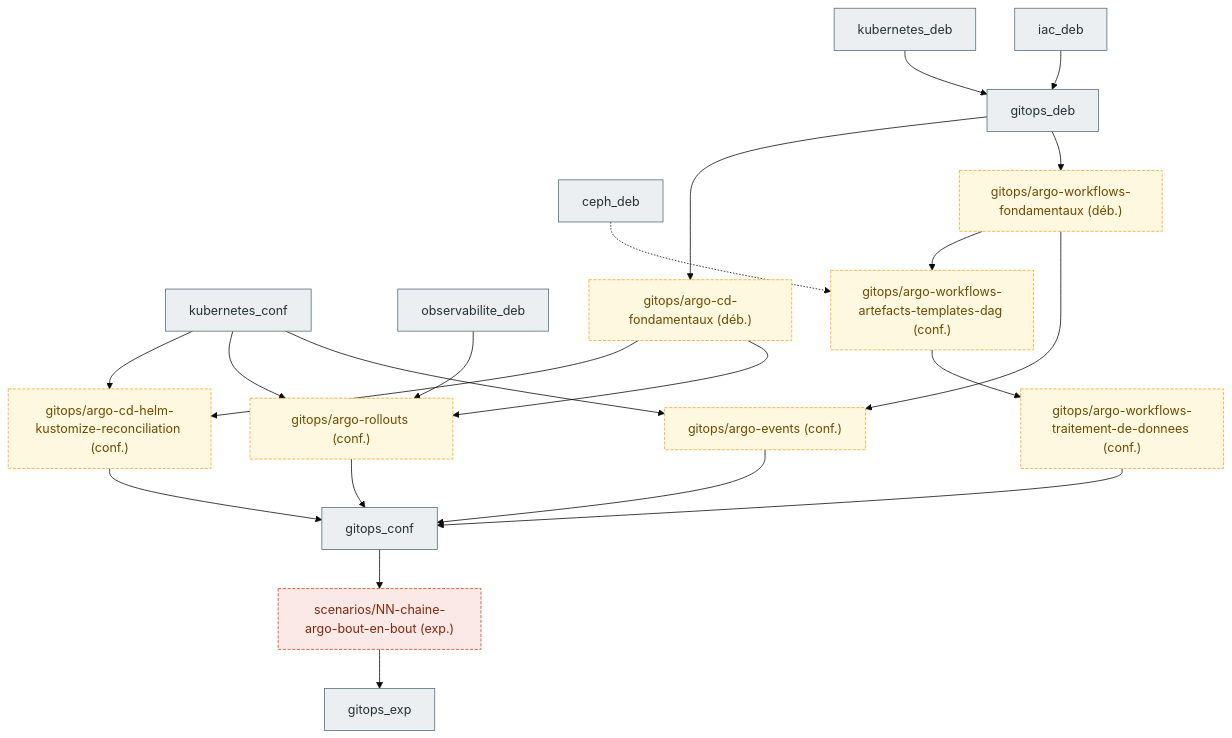
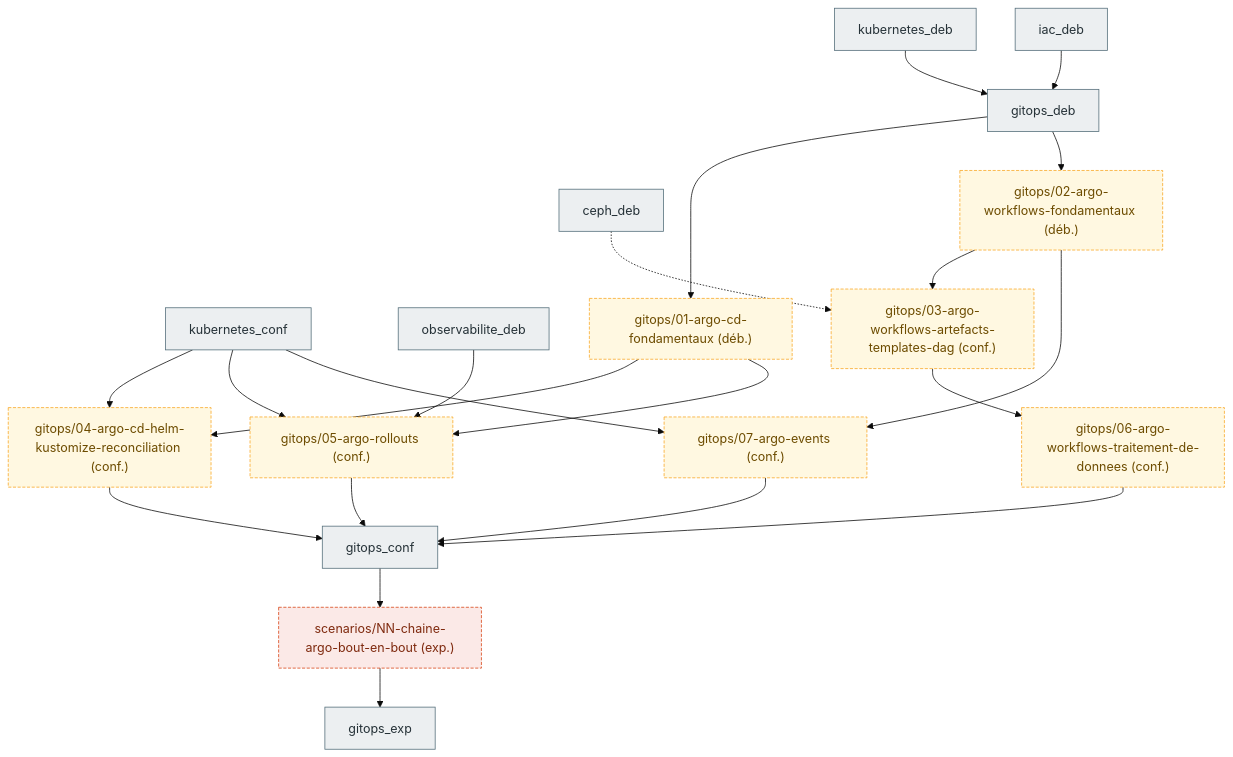
Before and after one commit to cemah2/WorkbookDevops: the sixth of 6 diagrams in docs/prerequis.md, drawn with Mermaid (base theme). The commit also changed other lines of this file and 5 other files, not shown here.

First line of the commit message:
plan(gitops/01): plan validé Argo CD fondamentaux, numérotation et arbitrages

````diff
--- a/docs/prerequis.md
+++ b/docs/prerequis.md
@@ -221,46 +221,46 @@
 ```mermaid
 flowchart TB
   classDef ref fill:#eceff1,stroke:#546e7a,color:#263238
   classDef plan fill:#fff8e1,stroke:#f9a825,color:#6d4c00,stroke-dasharray: 4 2
   classDef planexp fill:#fbe9e7,stroke:#d84315,color:#7f2a0f,stroke-dasharray: 4 2
 
   kubernetes_deb[kubernetes_deb]:::ref
   kubernetes_conf[kubernetes_conf]:::ref
   iac_deb[iac_deb]:::ref
   gitops_deb[gitops_deb]:::ref
   gitops_conf[gitops_conf]:::ref
   gitops_exp[gitops_exp]:::ref
   observabilite_deb[observabilite_deb]:::ref
   ceph_deb[ceph_deb]:::ref
 
-  argocd_fond["gitops/argo-cd-fondamentaux (déb.)"]:::plan
-  argocd_helm["gitops/argo-cd-helm-kustomize-reconciliation (conf.)"]:::plan
-  wf_fond["gitops/argo-workflows-fondamentaux (déb.)"]:::plan
-  wf_art["gitops/argo-workflows-artefacts-templates-dag (conf.)"]:::plan
-  wf_data["gitops/argo-workflows-traitement-de-donnees (conf.)"]:::plan
-  rollouts["gitops/argo-rollouts (conf.)"]:::plan
-  events["gitops/argo-events (conf.)"]:::plan
+  argocd_fond["gitops/01-argo-cd-fondamentaux (déb.)"]:::plan
+  argocd_helm["gitops/04-argo-cd-helm-kustomize-reconciliation (conf.)"]:::plan
+  wf_fond["gitops/02-argo-workflows-fondamentaux (déb.)"]:::plan
+  wf_art["gitops/03-argo-workflows-artefacts-templates-dag (conf.)"]:::plan
+  wf_data["gitops/06-argo-workflows-traitement-de-donnees (conf.)"]:::plan
+  rollouts["gitops/05-argo-rollouts (conf.)"]:::plan
+  events["gitops/07-argo-events (conf.)"]:::plan
   s_argo["scenarios/NN-chaine-argo-bout-en-bout (exp.)"]:::planexp
 
   %% rattachement aux nœuds de référence
   kubernetes_deb --> gitops_deb
   iac_deb --> gitops_deb
   gitops_deb --> argocd_fond
   gitops_deb --> wf_fond
   kubernetes_conf --> argocd_helm
   kubernetes_conf --> rollouts
   kubernetes_conf --> events
   observabilite_deb --> rollouts
   ceph_deb -.-> wf_art
 
   %% progression intra-domaine (jamais déb. -> exp.)
   argocd_fond --> argocd_helm
   argocd_fond --> rollouts
   wf_fond --> wf_art --> wf_data
   wf_fond --> events
   argocd_helm --> gitops_conf
   wf_data --> gitops_conf
   rollouts --> gitops_conf
   events --> gitops_conf
   gitops_conf --> s_argo --> gitops_exp
 ```
````
